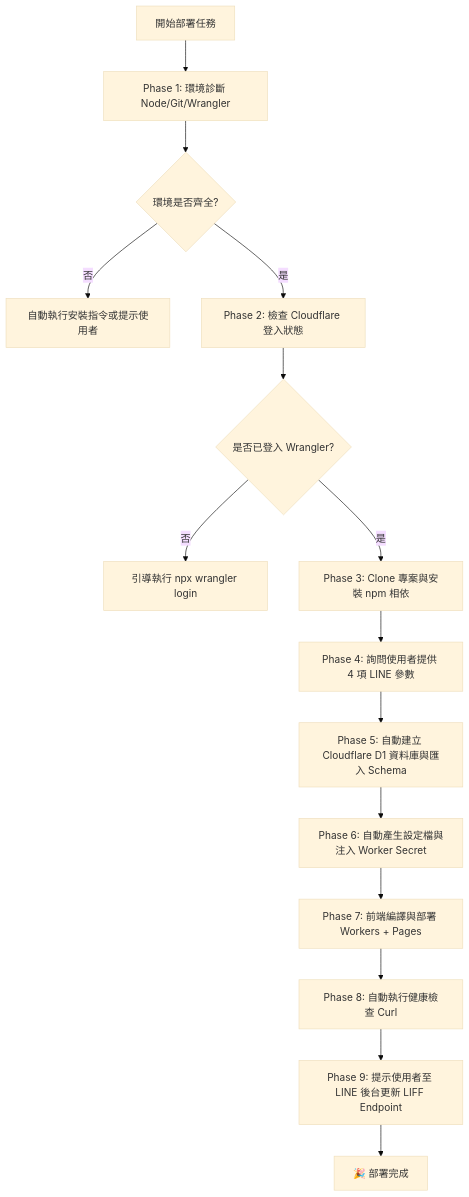
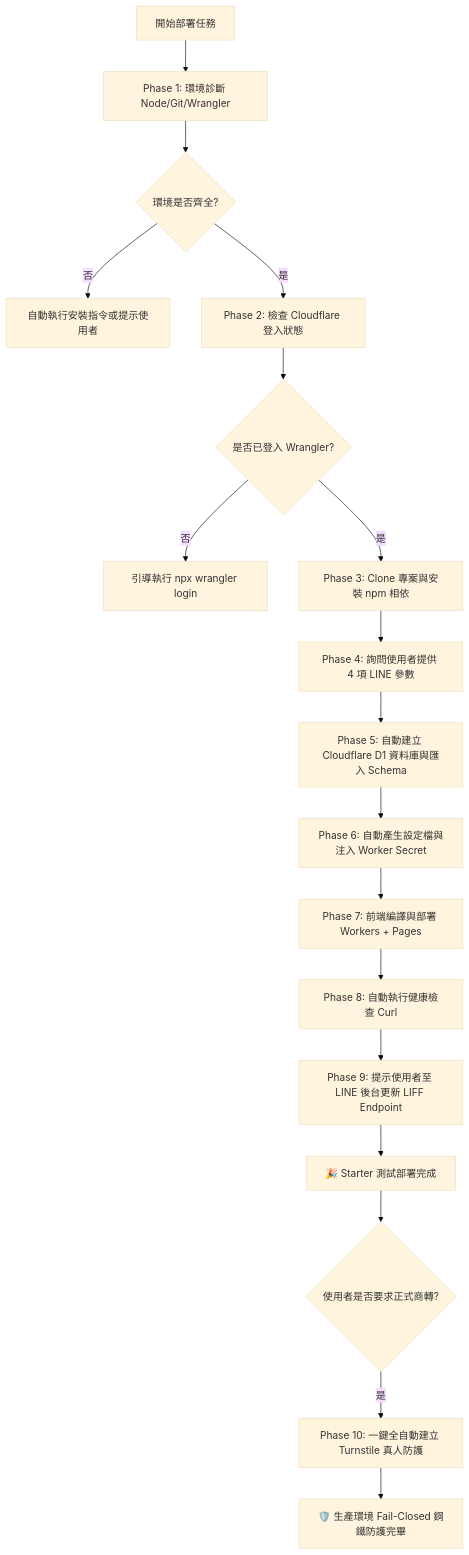
One commit to chingfonlee/open-booking-line changed the diagram in DEPLOYMENT_GUIDE.md. Above: the diagram before and after it, drawn with Mermaid (base theme). The commit also changed other lines of this file and 6 other files, not shown here.

````diff
--- a/DEPLOYMENT_GUIDE.md
+++ b/DEPLOYMENT_GUIDE.md
@@ -20,17 +20,20 @@
 ```mermaid
 flowchart TD
     A[開始部署任務] --> B[Phase 1: 環境診斷 Node/Git/Wrangler]
     B --> C{環境是否齊全?}
     C -- 否 --> D[自動執行安裝指令或提示使用者]
     C -- 是 --> E[Phase 2: 檢查 Cloudflare 登入狀態]
     E --> F{是否已登入 Wrangler?}
     F -- 否 --> G[引導執行 npx wrangler login]
     F -- 是 --> H[Phase 3: Clone 專案與安裝 npm 相依]
     H --> I[Phase 4: 詢問使用者提供 4 項 LINE 參數]
     I --> J[Phase 5: 自動建立 Cloudflare D1 資料庫與匯入 Schema]
     J --> K[Phase 6: 自動產生設定檔與注入 Worker Secret]
     K --> L[Phase 7: 前端編譯與部署 Workers + Pages]
     L --> M[Phase 8: 自動執行健康檢查 Curl]
     M --> N[Phase 9: 提示使用者至 LINE 後台更新 LIFF Endpoint]
-    N --> O[🎉 部署完成]
+    N --> O[🎉 Starter 測試部署完成]
+    O --> P{使用者是否要求正式商轉?}
+    P -- 是 --> Q[Phase 10: 一鍵全自動建立 Turnstile 真人防護]
+    Q --> R[🛡️ 生產環境 Fail-Closed 鋼鐵防護完畢]
 ```
````
